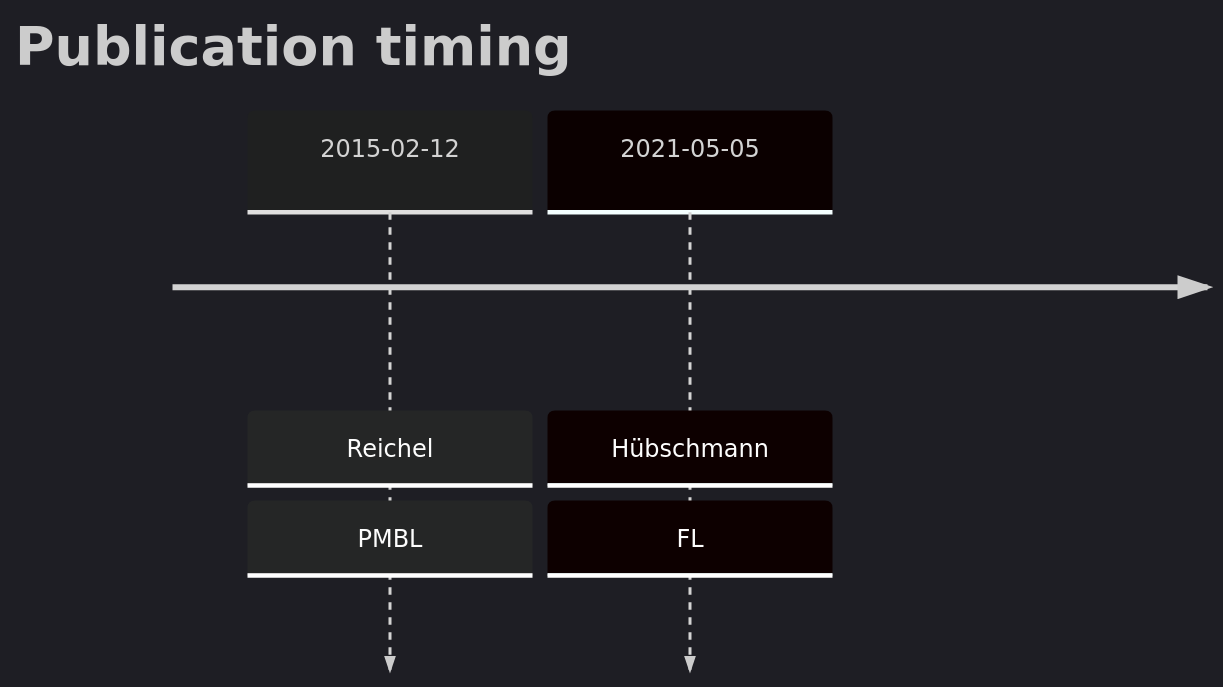
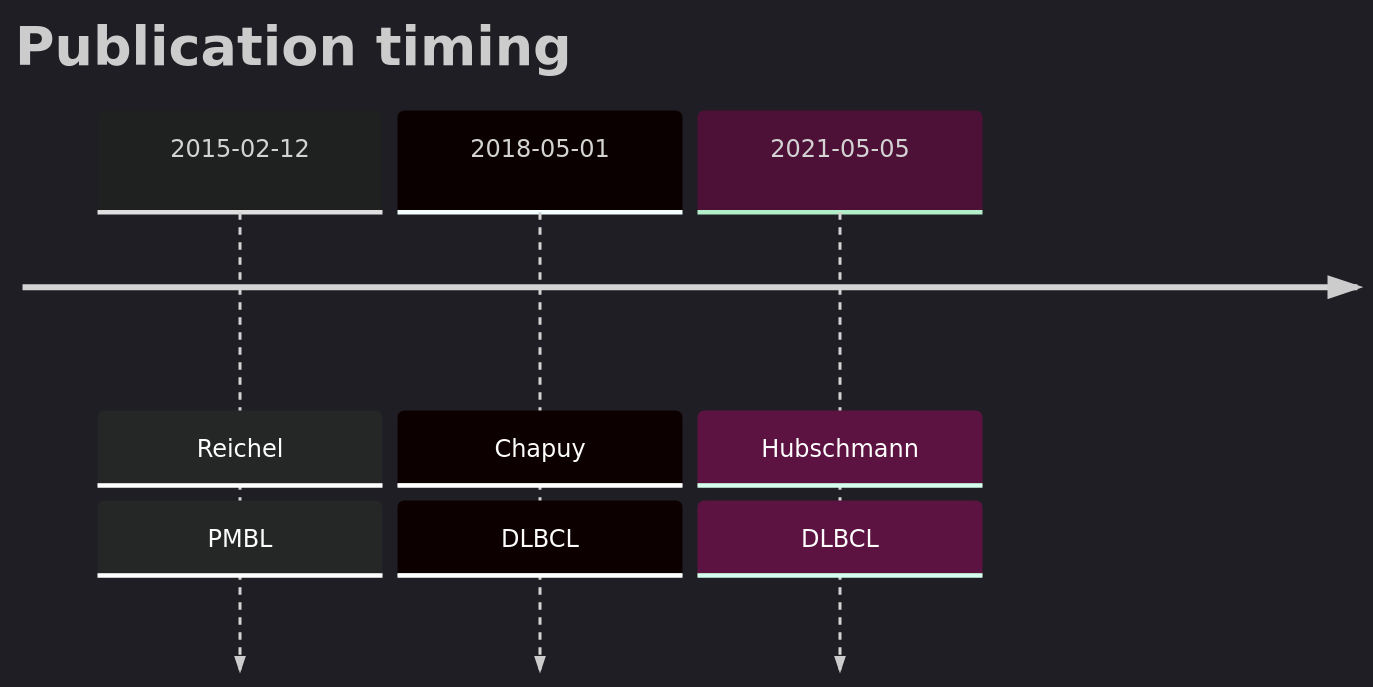
One commit to morinlab/lymphopedia changed the diagram in EEF1A1.md. Above: the diagram before and after it, drawn with Mermaid.

````diff
--- a/EEF1A1.md
+++ b/EEF1A1.md
@@ -14,7 +14,8 @@
 ```mermaid
 %%{init: { 'logLevel': 'debug', 'theme': 'dark' } }%%
 timeline
     title Publication timing
       2015-02-12 : Reichel : PMBL
-      2021-05-05 : Hübschmann : FL
+2018-05-01 : Chapuy : DLBCL
+2021-05-05 : Hubschmann : DLBCL
 ```
````
